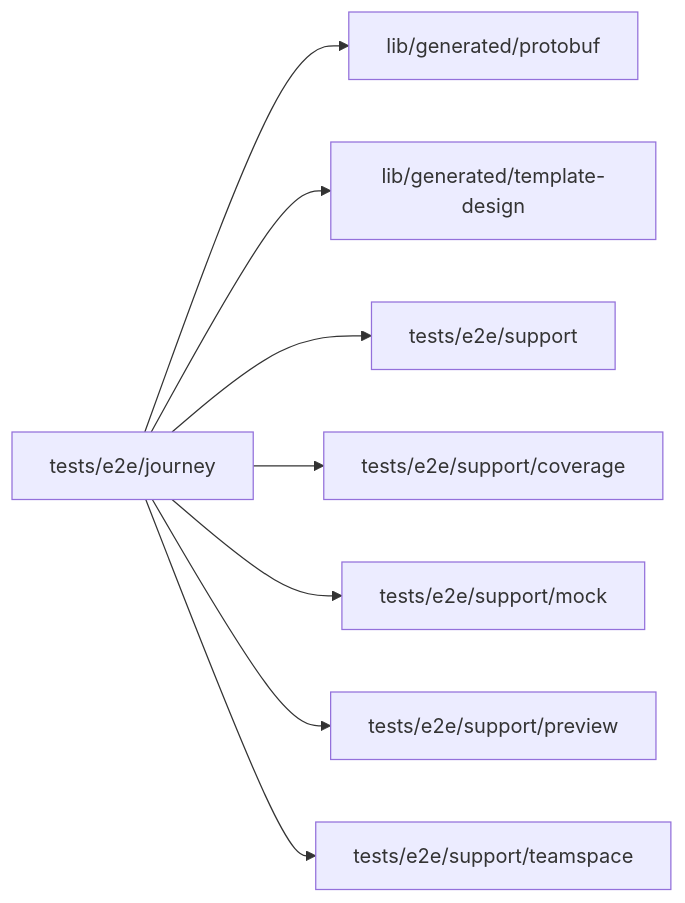
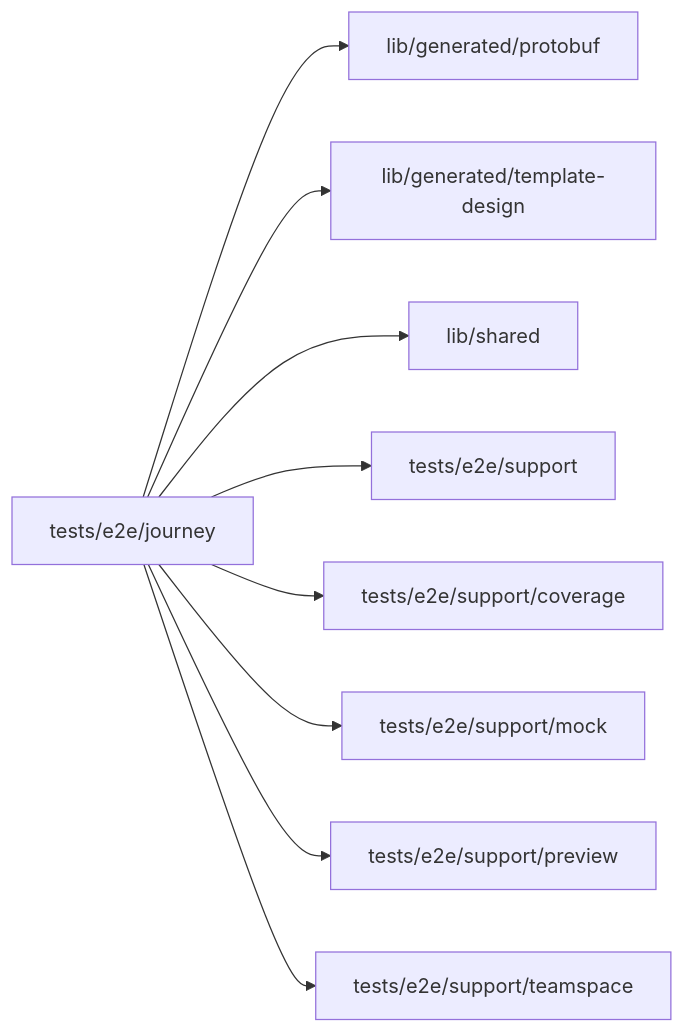
Before and after one commit to superdurable/superverse: the diagram in web/studio/tests/e2e/journey/README.md, drawn with Mermaid. The commit also changed other lines of this file and 167 other files, not shown here.

````diff
--- a/web/studio/tests/e2e/journey/README.md
+++ b/web/studio/tests/e2e/journey/README.md
@@ -10,11 +10,12 @@
 ```mermaid
 flowchart LR
   self["tests/e2e/journey"]
   self --> d0["lib/generated/protobuf"]
   self --> d1["lib/generated/template-design"]
-  self --> d2["tests/e2e/support"]
-  self --> d3["tests/e2e/support/coverage"]
-  self --> d4["tests/e2e/support/mock"]
-  self --> d5["tests/e2e/support/preview"]
-  self --> d6["tests/e2e/support/teamspace"]
+  self --> d2["lib/shared"]
+  self --> d3["tests/e2e/support"]
+  self --> d4["tests/e2e/support/coverage"]
+  self --> d5["tests/e2e/support/mock"]
+  self --> d6["tests/e2e/support/preview"]
+  self --> d7["tests/e2e/support/teamspace"]
 ```
````
